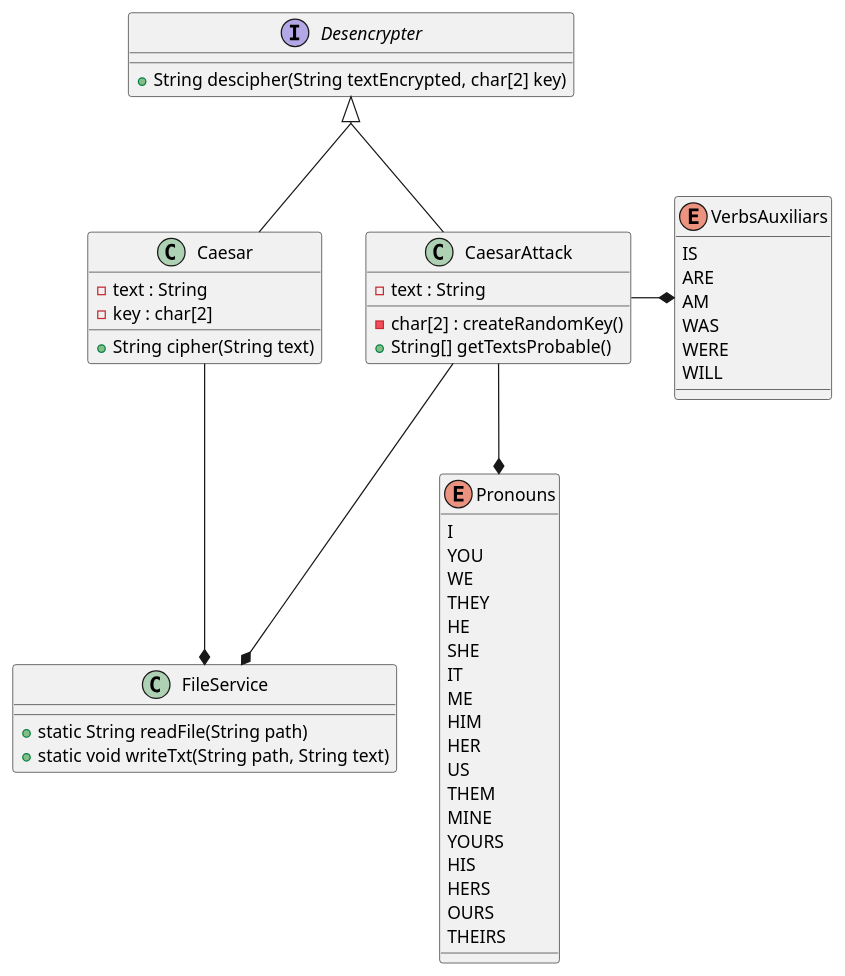
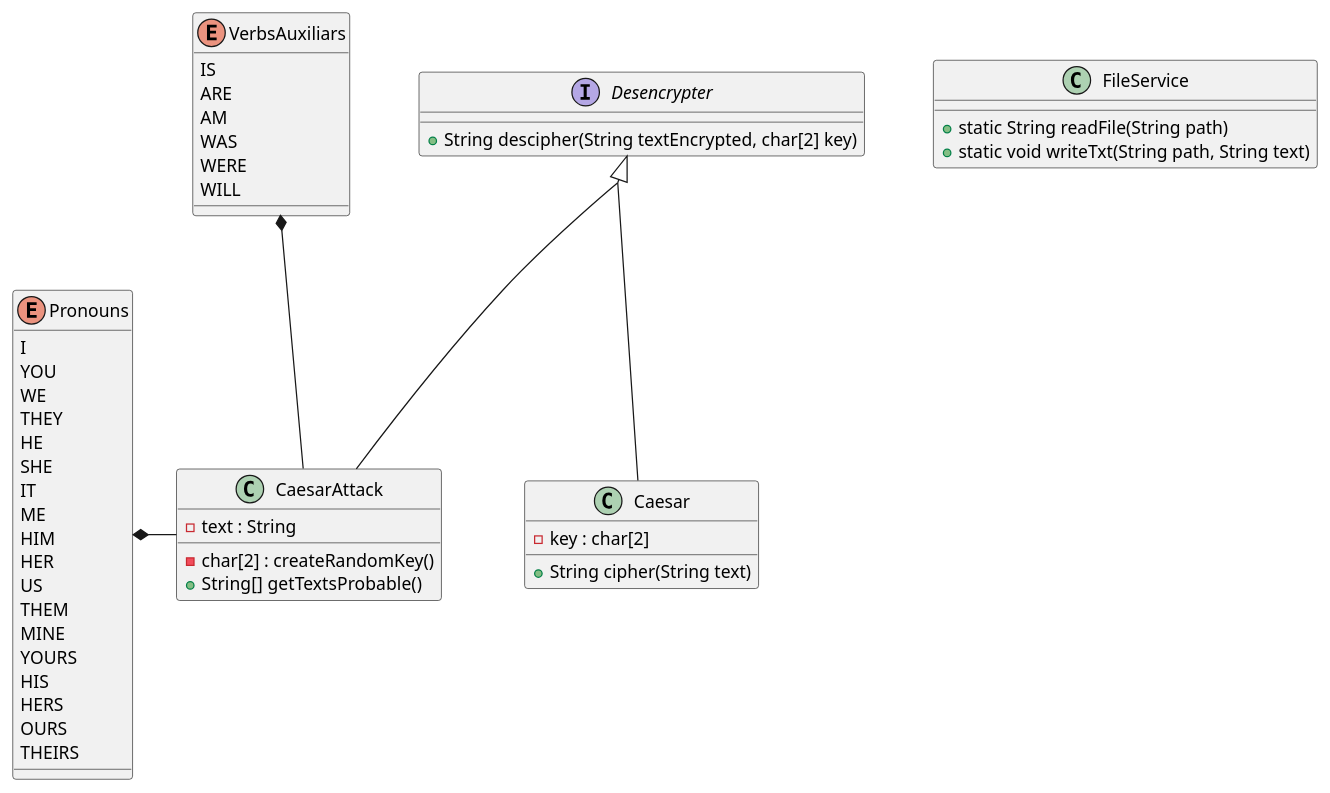
One commit to Iyaka666/ultimoIntentoCifradoCesar changed the diagram in src/UML/cesarUML.puml. Above: the diagram before and after it, drawn with PlantUML.

Commit message:
Modificación
Se agregaron y eliminaron cierta información que se desecho o se altero su propuesta inicial

```diff
--- a/src/UML/cesarUML.puml
+++ b/src/UML/cesarUML.puml
@@ -1,94 +1,90 @@
 @startuml cesar
 skinparam groupInheritance 2
 ' El constructor recibe 
 '   - Una llave que son dos carácteres en un array estático
-'   - El texto que se va a cifrar
 ' Cuenta con un método propio que debe
 '   - Realizar el proceso del cifrador César para los carácteres 
 '     dentro del texto este se va a cifrar con la llave determinada por un usuario,
 ' - Para obtener el texto es necesario llamar al método de clase readFile
 ' - El texto puede contener carácteres especiales por lo que deben de quedar como tal,
 '   es decir sí se encuentra un carácter especial no hacerle ninguna transformación.
 ' - Para una mayor simplicidad el texto será tratado en minúsculas
 ' - Ademas la clase cuenta con la interfaz de una implementacion de desencriptar  
 class Caesar{
-  - text : String
   -key : char[2]
   +String cipher(String text)
 }
 
 ' El constructor recibe
 '   - El texto encriptado para su posible desencriptación
 ' Cuenta con dos métodos propios que deben hacer
 '   - El método createRandomKey tiene la labor de crear una llave de forma aleatoria
 '     que será usada en el siguiente método muchas veces
 '   - El método getTextsProbable usa diferentes llaves para intentar desencriptar el texto pasado, 
 '     pero este usará dos de sus enumeraciones para establecer que el texto es cohérente en el idioma
 '     dado en este caso especifico inglés
 class CaesarAttack{
   -text : String
   -char[2] : createRandomKey()
   +String[] getTextsProbable()
 }
 
 ' La interfaz debe ser implemetada en los Caesar
 ' Tiene un método que debe decifrar a partir de los párametros que son
 '   - un texto encriptado 
 '   - una llave para poder tener idea de como desencriptar 
 interface Desencrypter{
   +String descipher(String textEncrypted, char[2] key)
 }
 
-' Una clase que se encarga de las operaciones sobre archivos, en este caso solo escritura y lectura
+' Una clase que se encarga de las operaciones sobre archivos, en este caso sólo escritura y lectura
 class FileService {
   + static String readFile(String path)
   + static void writeTxt(String path, String text)
 }
 
 ' Una enumeración de tres de los siete tipos de pronombres del inglés
 enum Pronouns{
   'Personals
   I
   YOU
   WE
   THEY
   HE
   SHE
   IT
   'Object
   ME
   HIM
   HER
   US
   THEM
   'Posessive
   MINE
   YOURS
   HIS
   HERS
   OURS
   THEIRS
 }
 
 ' Una enumeración con los verbos auxiliares del presente, pasado y futuro usados en inglés
 enum VerbsAuxiliars{
   IS
   ARE
   AM
   WAS
   WERE
   WILL
 }
 
 Desencrypter <|-- Caesar
 Desencrypter <|-- CaesarAttack
 
-' FileService *-down- Caesar
-' FileService *-down- CaesarAttack
-Caesar -down-* FileService
-CaesarAttack -down-* FileService
+' Caesar -down-* FileService
+' CaesarAttack -down-* FileService
 
 ' Pronouns *-down- CaesarAttack
-CaesarAttack -down-* Pronouns
-VerbsAuxiliars *-left- CaesarAttack
+CaesarAttack -left-* Pronouns
+VerbsAuxiliars *-down- CaesarAttack
 @enduml
```
